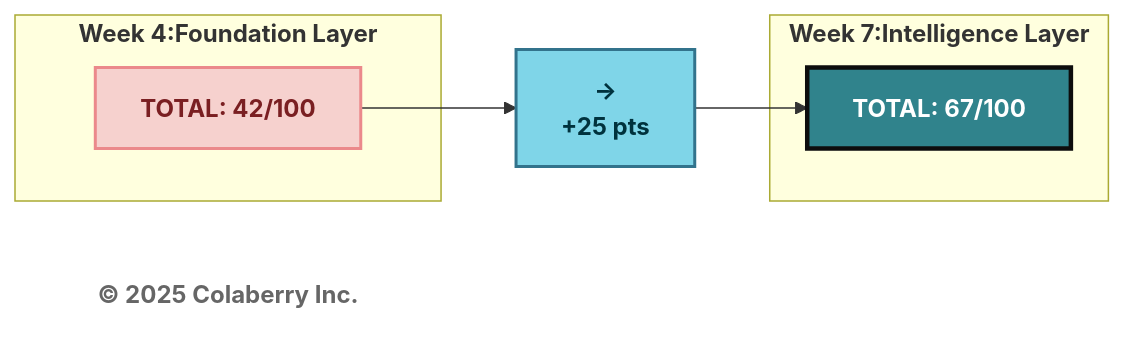
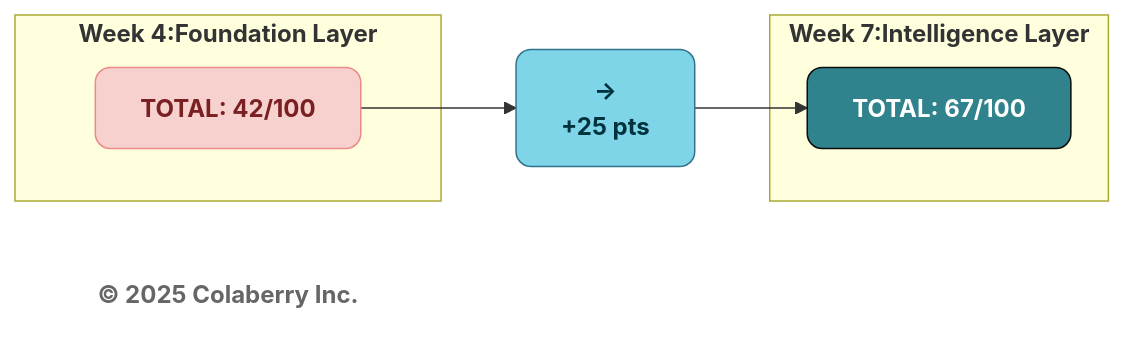
Diagram 12 of 13 in manuscript/06_chapter_5_intelligence_layers.md (colaberry/trust-before-intelligence-book), drawn with Mermaid before and after one commit. The commit also changed other lines of this file and 12 other files, not shown here.

````diff
--- a/manuscript/06_chapter_5_intelligence_layers.md
+++ b/manuscript/06_chapter_5_intelligence_layers.md
@@ -1187,22 +1187,22 @@
 ```mermaid
 graph LR
     subgraph "<b>Week 4:Foundation Layer</b>"
         W4_TOTAL["<b>TOTAL: 42/100</b>"]
     end
     
     ARROW["<b>→</b><br/><b>+25 pts</b>"]
     
     subgraph "<b>Week 7:Intelligence Layer</b>"
         W7_TOTAL["<b>TOTAL: 67/100</b>"]
     end
     
     Copyright["<b>© 2025 Colaberry Inc.</b>"]
     
     W4_TOTAL --> ARROW
     ARROW --> W7_TOTAL
     
-    style W4_TOTAL fill:#F6D1CE,stroke:#EB898B,stroke-width:2px,color:#7A1F22
-    style ARROW fill:#7FD5E8,stroke:#32738C,stroke-width:2px,color:#00323D
-    style W7_TOTAL fill:#30838C,color:#ffffff,stroke:#0D0D0D,stroke-width:3px
-    style Copyright fill:#ffffff,stroke:none,color:#666666
+    style W4_TOTAL fill:#F6D1CE,stroke:#EB898B,stroke-width:1px,color:#7A1F22,rx:10,ry:10
+    style ARROW fill:#7FD5E8,stroke:#32738C,stroke-width:1px,color:#00323D,rx:10,ry:10
+    style W7_TOTAL fill:#30838C,color:#ffffff,stroke:#0D0D0D,stroke-width:1px,rx:10,ry:10
+    style Copyright fill:none,stroke:none,color:#666666,rx:10,ry:10
 ```
````
